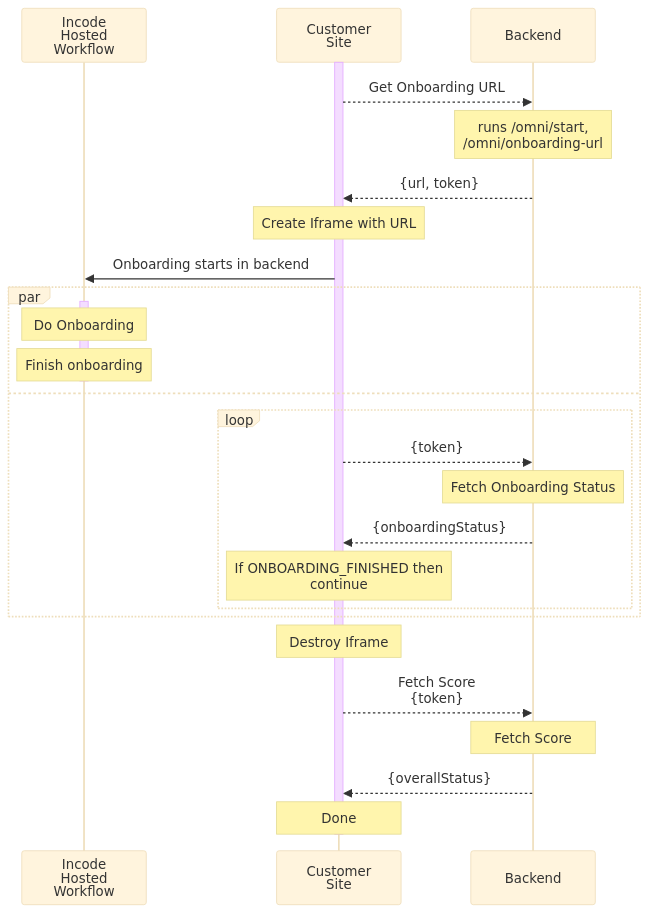
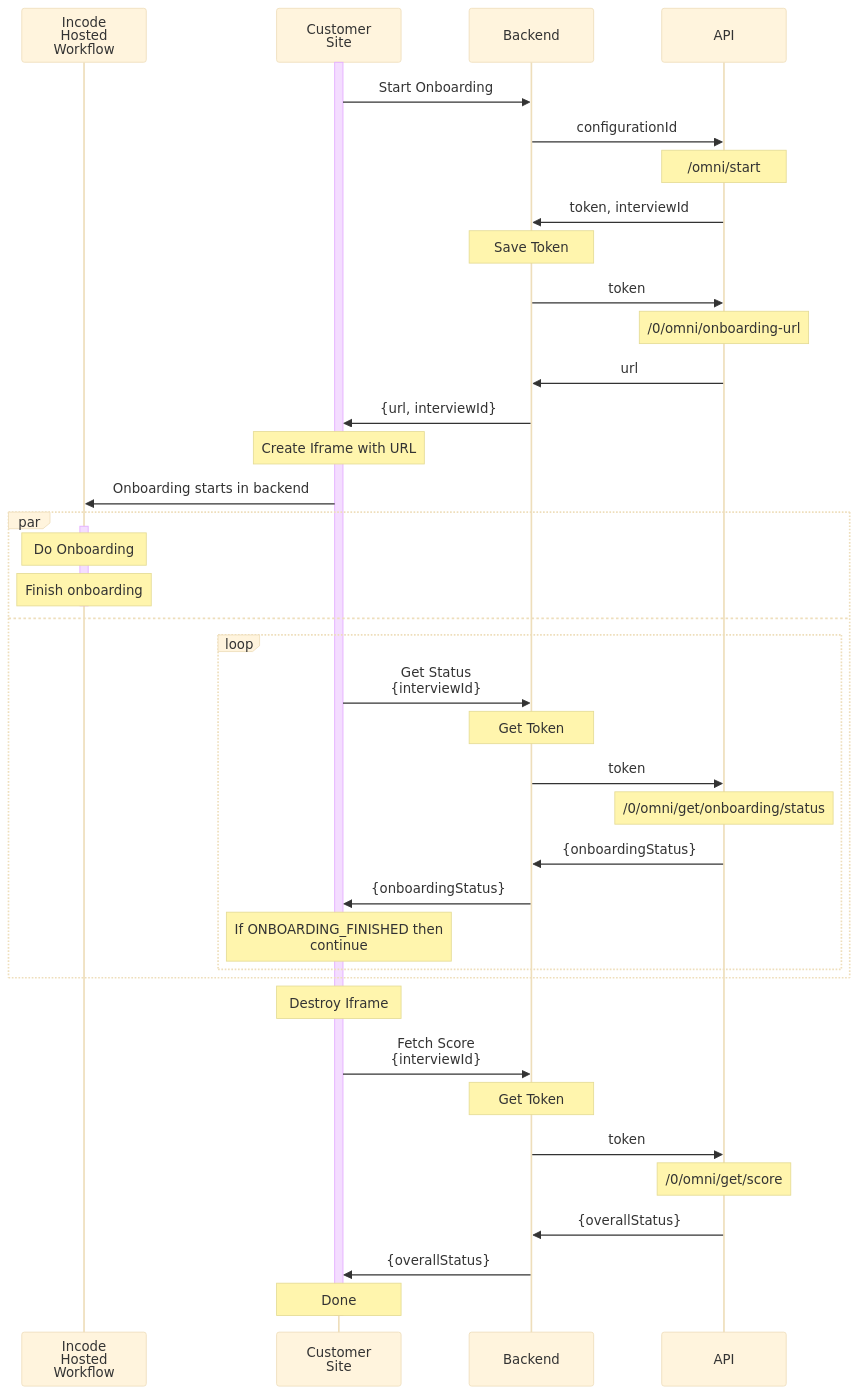
Before and after one commit to Incode-Technologies-Example-Repos/onboarding-lowcode-iframe: the diagram in README.md, drawn with Mermaid (base theme). The commit also changed other lines of this file and 5 other files, not shown here.

````diff
--- a/README.md
+++ b/README.md
@@ -6,34 +6,47 @@
 ```mermaid
 sequenceDiagram
     participant i as Incode<br>Hosted<br>Workflow
     participant m as Customer<br>Site
     participant b as Backend
+    participant a as API
 
     activate m
-    m-->>b: Get Onboarding URL
-    note over b: runs /omni/start,<br>/omni/onboarding-url
-    b-->>m: {url, token}
+    m->>b: Start Onboarding
+    b->>a: configurationId
+    note over a: /omni/start
+    a->>b: token, interviewId
+    note over b: Save Token
+    b->>a: token
+    note over a:/0/omni/onboarding-url
+    a->>b: url
+    b->>m: {url, interviewId}
     note over m: Create Iframe with URL
     m->>i: Onboarding starts in backend
     
     par
         activate i
         note over i: Do Onboarding
         note over i: Finish onboarding
         deactivate i
     and
         loop
-            m-->>b: {token}
-            note over b: Fetch Onboarding Status
-            b-->>m: {onboardingStatus}
+            m->>b: Get Status<br>{interviewId}
+            note over b: Get Token
+            b->>a: token
+            note over a: /0/omni/get/onboarding/status
+            a->>b: {onboardingStatus}
+            b->>m: {onboardingStatus}
             note over m: If ONBOARDING_FINISHED then<br>continue
         end
     end
     
     note over m: Destroy Iframe
-    m-->>b: Fetch Score<br>{token}
-    note over b: Fetch Score
-    b-->>m: {overallStatus}
+    m->>b: Fetch Score<br>{interviewId}
+    note over b: Get Token
+    b->>a: token
+    note over a: /0/omni/get/score
+    a->>b: {overallStatus}
+    b->>m: {overallStatus}
     note over m: Done
     deactivate m
 ```
````
